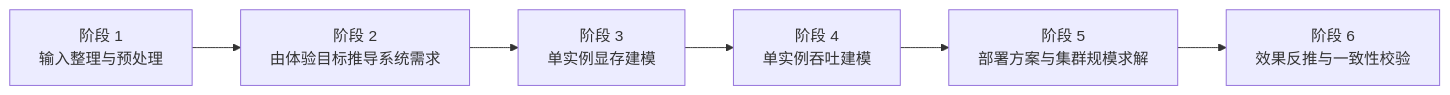
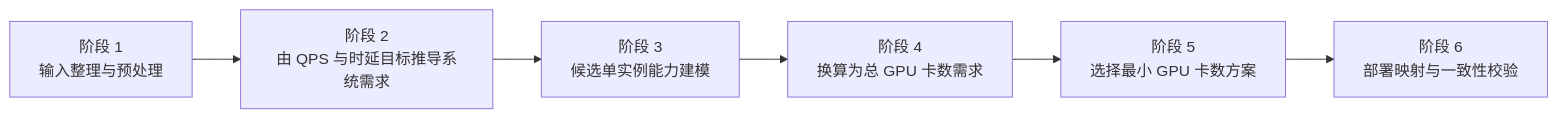
Before and after one commit to exitNA/llm_gpu_inference_calc: the diagram in docs/llm_gpu_inference_calc.md, drawn with Mermaid. The commit also changed other lines of this file, not shown here.

````diff
--- a/docs/llm_gpu_inference_calc.md
+++ b/docs/llm_gpu_inference_calc.md
@@ -36,11 +41,11 @@
 ```mermaid
 flowchart LR
     A[阶段 1<br/>输入整理与预处理]
-    B[阶段 2<br/>由体验目标推导系统需求]
-    C[阶段 3<br/>单实例显存建模]
-    D[阶段 4<br/>单实例吞吐建模]
-    E[阶段 5<br/>部署方案与集群规模求解]
-    F[阶段 6<br/>效果反推与一致性校验]
+    B[阶段 2<br/>由 QPS 与时延目标推导系统需求]
+    C[阶段 3<br/>候选单实例能力建模]
+    D[阶段 4<br/>换算为总 GPU 卡数需求]
+    E[阶段 5<br/>选择最小 GPU 卡数方案]
+    F[阶段 6<br/>部署映射与一致性校验]
 
     A --> B --> C --> D --> E --> F
 ```
````
